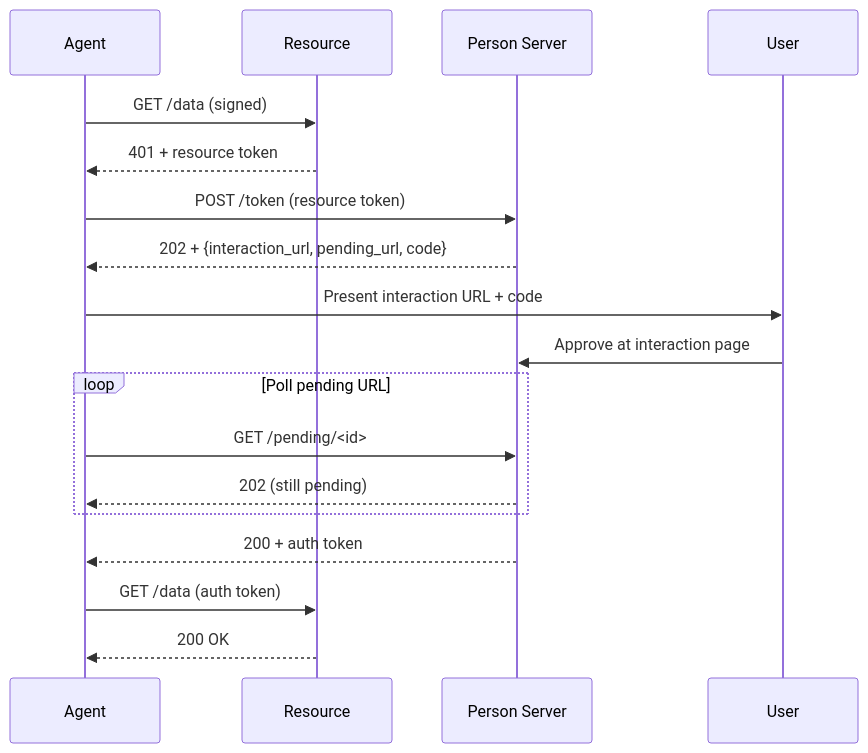
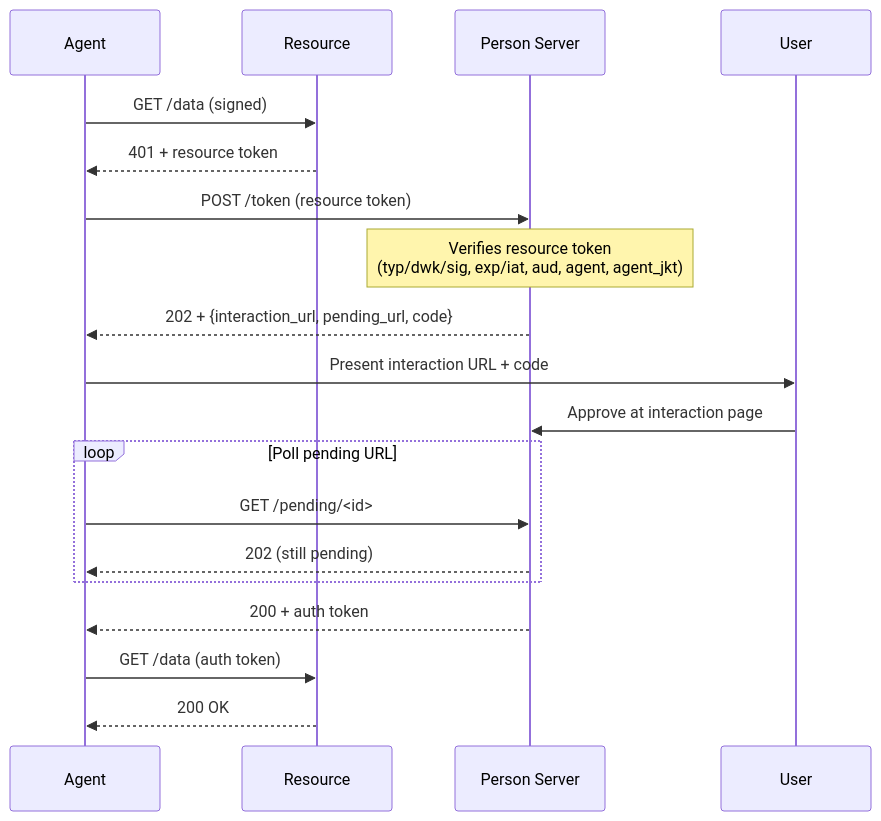
One commit to aauth-dev/dotnet-samples changed the diagram in docs/workflows/deferred-consent.md. Above: the diagram before and after it, drawn with Mermaid. The commit also changed 27 other files, not shown here.

First line of the commit message:
feat: PS identity namespacing, resource-token verification, and authN/authZ docs

````diff
--- a/docs/workflows/deferred-consent.md
+++ b/docs/workflows/deferred-consent.md
@@ -7,20 +7,21 @@
 ```mermaid
 sequenceDiagram
     participant Agent
     participant Resource
     participant PS as Person Server
     participant User
     Agent->>Resource: GET /data (signed)
     Resource-->>Agent: 401 + resource token
     Agent->>PS: POST /token (resource token)
+    Note over PS: Verifies resource token<br/>(typ/dwk/sig, exp/iat, aud, agent, agent_jkt)
     PS-->>Agent: 202 + {interaction_url, pending_url, code}
     Agent->>User: Present interaction URL + code
     User->>PS: Approve at interaction page
     loop Poll pending URL
         Agent->>PS: GET /pending/<id>
         PS-->>Agent: 202 (still pending)
     end
     PS-->>Agent: 200 + auth token
     Agent->>Resource: GET /data (auth token)
     Resource-->>Agent: 200 OK
 ```
````
